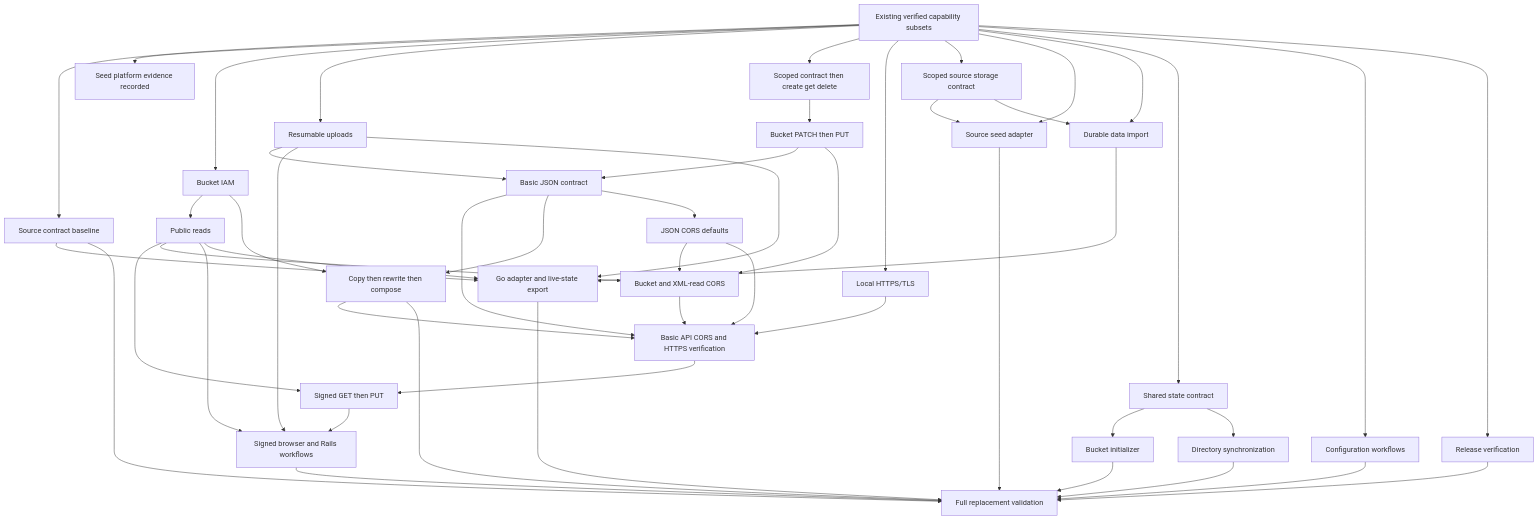
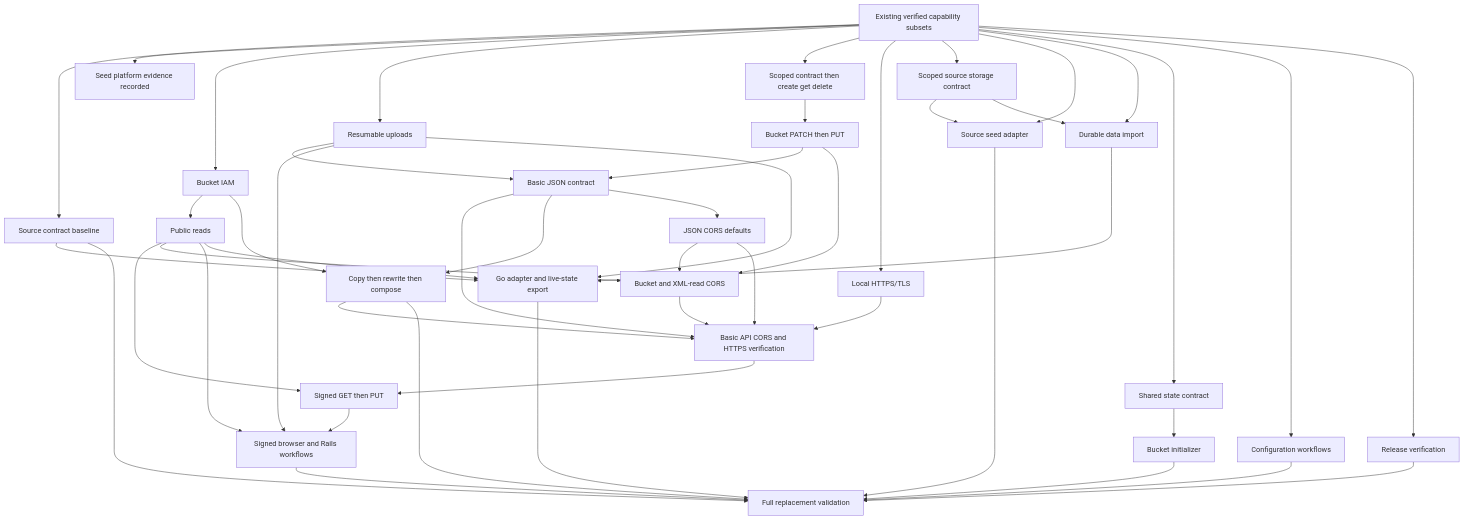
The diagram in docs/en/delivery-plan.md (shiroemons/gcs-mimic), drawn with Mermaid before and after one commit. The commit also changed other lines of this file and 236 other files, not shown here.

````diff
--- a/docs/en/delivery-plan.md
+++ b/docs/en/delivery-plan.md
@@ -427,52 +416,50 @@
 ```mermaid
 flowchart TD
   E[Existing verified capability subsets] --> B[Source contract baseline]
   E --> S[Seed platform evidence recorded]
   E --> I[Bucket IAM]
   E --> R[Resumable uploads]
   I --> P[Public reads]
   E --> F[Scoped contract then create get delete]
   F --> M[Bucket PATCH then PUT]
   M --> J[Basic JSON contract]
   R --> J
   J --> Q[Basic API CORS and HTTPS verification]
   P --> U[Signed GET then PUT]
   Q --> U
   I --> C[Copy then rewrite then compose]
   J --> C
   C --> Q
   E --> T[Local HTTPS/TLS]
   J --> O[JSON CORS defaults]
   M --> X[Bucket and XML-read CORS]
   P --> X
   O --> X
   T --> Q
   O --> Q
   X --> Q
   U --> W[Signed browser and Rails workflows]
   P --> W
   R --> W
   E --> SC[Scoped source storage contract]
   SC --> A[Source seed adapter]
   E --> A
   SC --> D[Durable data import]
   E --> D
   D --> G[Go adapter and live-state export]
   B --> G
   P --> G
   R --> G
   A --> V[Full replacement validation]
   B --> V
   C --> V
   W --> V
   G --> V
   E --> H[Shared state contract]
   H --> N[Bucket initializer]
-  H --> Y[Directory synchronization]
   E --> K[Configuration workflows]
   E --> Z[Release verification]
   N --> V
-  Y --> V
   K --> V
   Z --> V
 ```
````
